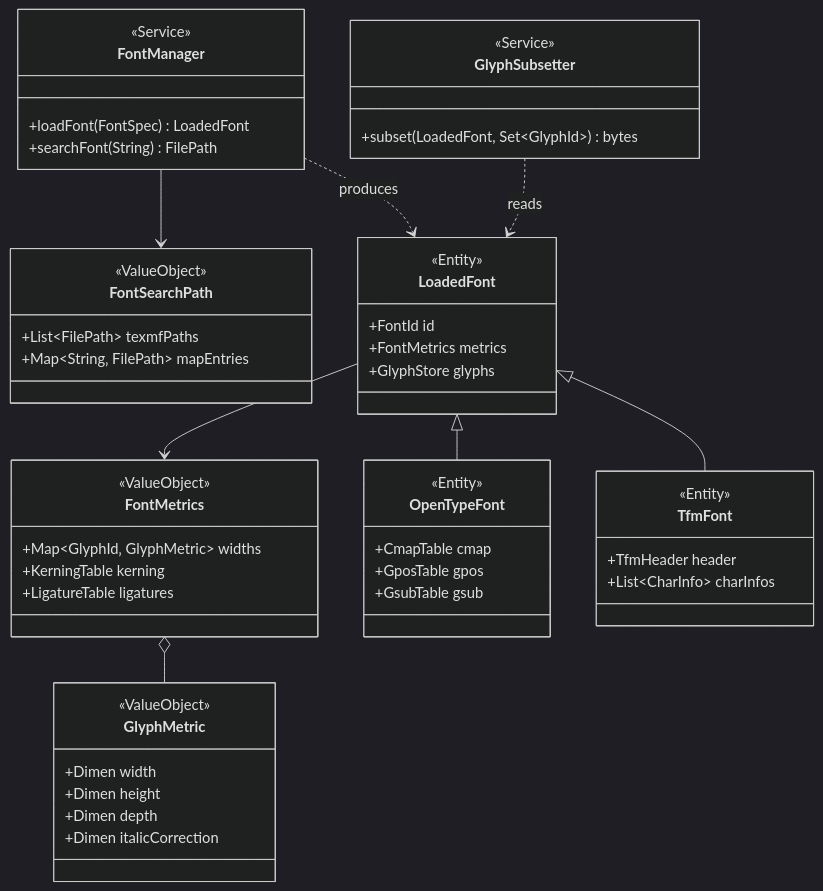
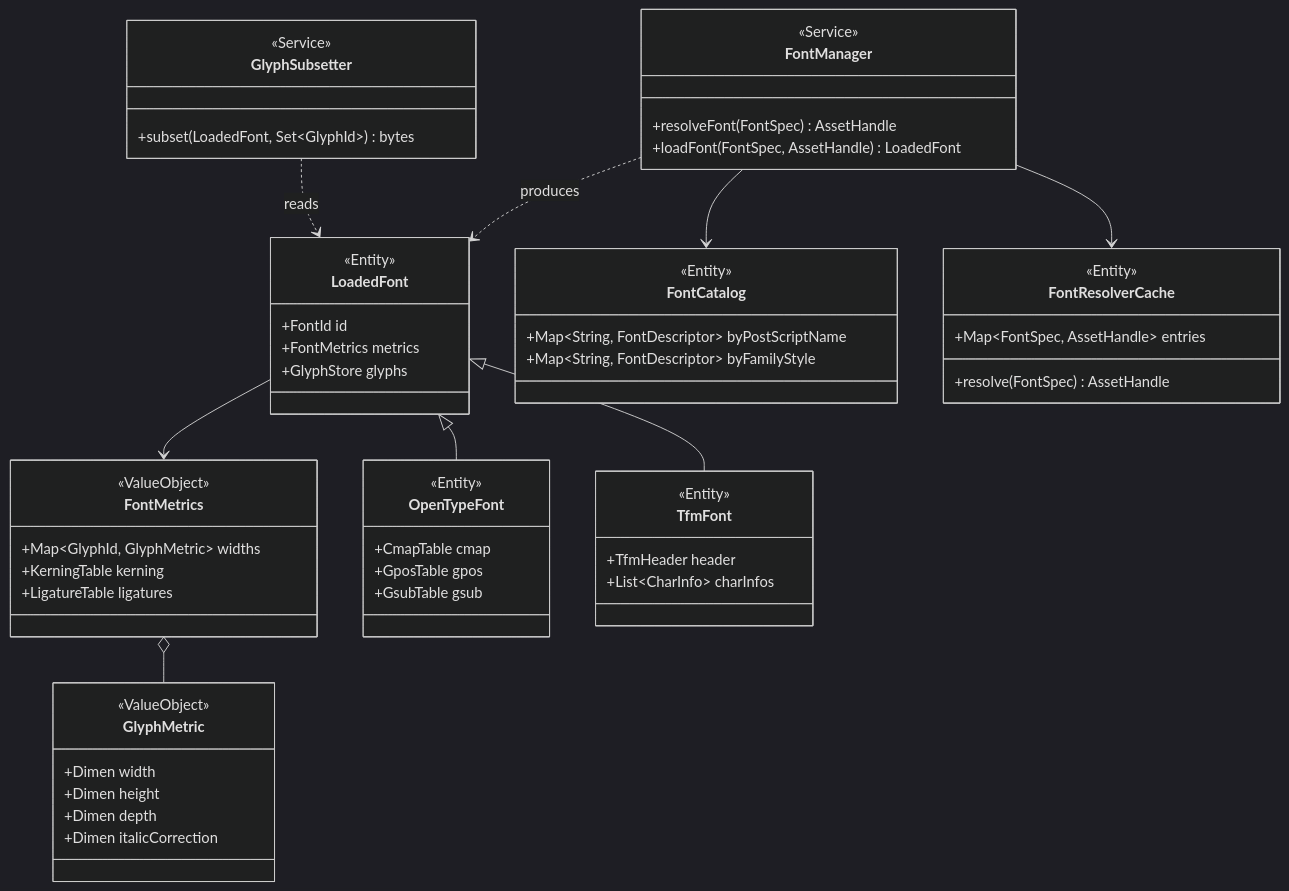
The seventh of 11 diagrams in docs/domain_model.md (RK0429/ferritex), drawn with Mermaid (dark theme) before and after one commit. The commit also changed other lines of this file and 1 other file, not shown here.

````diff
--- a/docs/domain_model.md
+++ b/docs/domain_model.md
@@ -400,55 +576,61 @@
 ```mermaid
 classDiagram
     class FontManager {
         <<Service>>
-        +loadFont(FontSpec) LoadedFont
-        +searchFont(String) FilePath
+        +resolveFont(FontSpec) AssetHandle
+        +loadFont(FontSpec, AssetHandle) LoadedFont
     }
     class LoadedFont {
         <<Entity>>
         +FontId id
         +FontMetrics metrics
         +GlyphStore glyphs
     }
+    class FontCatalog {
+        <<Entity>>
+        +Map~String, FontDescriptor~ byPostScriptName
+        +Map~String, FontDescriptor~ byFamilyStyle
+    }
+    class FontResolverCache {
+        <<Entity>>
+        +Map~FontSpec, AssetHandle~ entries
+        +resolve(FontSpec) AssetHandle
+    }
     class FontMetrics {
         <<ValueObject>>
-        +Map~GlyphId‚ GlyphMetric~ widths
+        +Map~GlyphId, GlyphMetric~ widths
         +KerningTable kerning
         +LigatureTable ligatures
     }
     class GlyphMetric {
         <<ValueObject>>
         +Dimen width
         +Dimen height
         +Dimen depth
         +Dimen italicCorrection
     }
     class OpenTypeFont {
         <<Entity>>
         +CmapTable cmap
         +GposTable gpos
         +GsubTable gsub
     }
     class TfmFont {
         <<Entity>>
         +TfmHeader header
         +List~CharInfo~ charInfos
     }
-    class FontSearchPath {
-        <<ValueObject>>
-        +List~FilePath~ texmfPaths
-        +Map~String‚ FilePath~ mapEntries
-    }
     class GlyphSubsetter {
         <<Service>>
         +subset(LoadedFont, Set~GlyphId~) bytes
     }
 
     LoadedFont --> FontMetrics
     FontMetrics o-- GlyphMetric
     LoadedFont <|-- OpenTypeFont
     LoadedFont <|-- TfmFont
-    FontManager --> FontSearchPath
+    FontManager --> FontCatalog
+    FontManager --> FontResolverCache
     FontManager ..> LoadedFont : produces
     GlyphSubsetter ..> LoadedFont : reads
 ```
````
